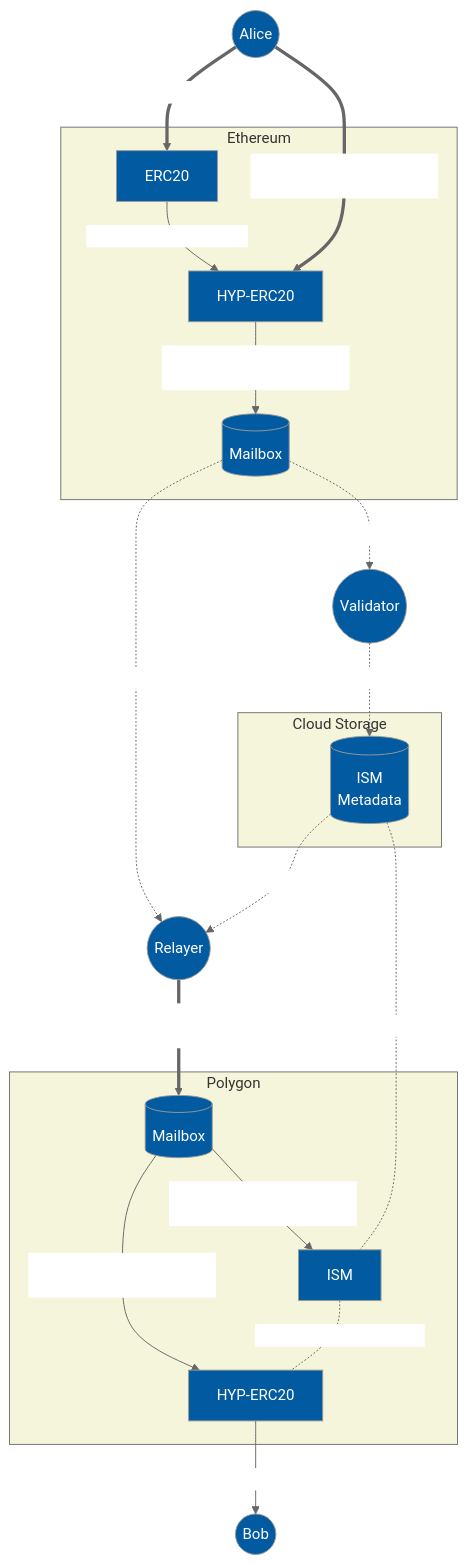
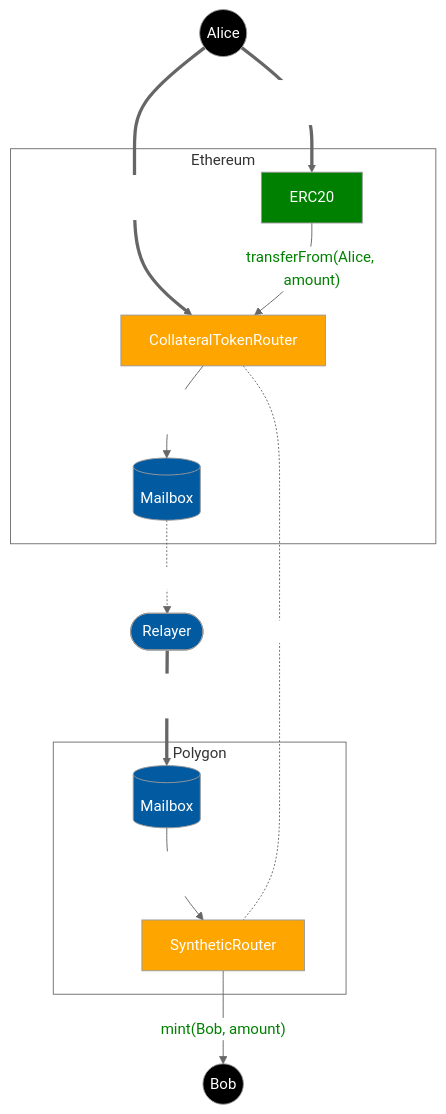
One commit to aeternity/hyperlane-monorepo changed the third of 4 diagrams in README.md. Above: the diagram before and after it, drawn with Mermaid. The commit also changed other lines of this file and 2 other files, not shown here.

````diff
--- a/README.md
+++ b/README.md
@@ -16,61 +123,48 @@
 ```mermaid
 %%{ init: {
   "theme": "neutral",
   "themeVariables": {
     "mainBkg": "#025AA1",
     "textColor": "white",
-    "clusterBkg": "beige"
+    "clusterBkg": "white"
   },
   "themeCSS": ".edgeLabel { color: black }"
 }}%%
 
 graph TB
     Alice((Alice))
     Bob((Bob))
-    Validator((Validator))
-    Relayer((Relayer))
-    %% Watcher((Watcher))
+    style Alice fill:black
+    style Bob fill:black
+
+    Relayer([Relayer])
 
     subgraph "Ethereum"
         Token_E[ERC20]
-        HYP_E[HYP-ERC20]
-        M_E[(Mailbox)]
-        %% POS_E[Proof of Stake]
+        style Token_E fill:green
+        HYP_E[CollateralTokenRouter]
+        style HYP_E fill:orange
+        Mailbox_E[(Mailbox)]
     end
 
-    Alice == "0. approve(HYP, infinity)" ==> Token_E
-    Alice == "1. transferRemote(Polygon, Bob, 5)" ==> HYP_E
-    Token_E -- "2. transferFrom(Alice, 5)" --> HYP_E
-    HYP_E -- "3. dispatch(Polygon, HYP, (Bob, 5))" --> M_E
-
-    M_E-."indexing".->Relayer
-    %% M_E-."indexing".->Watcher
-    M_E -. "indexing" .-> Validator
-
-    %% Validator == "staking" ==> POS_E
-    %% Watcher == "slashing" ==> POS_E
-    Validator -. "signing" .-> ISM_STORE
-
-    subgraph "Cloud Storage"
-        ISM_STORE[(ISM\nMetadata)]
+    Alice == "approve(CollateralTokenRouter, infinity)" ==> Token_E
+    Alice == "transferRemote(Polygon, Bob, amount)" ==> HYP_E
+    Token_E -- "transferFrom(Alice, amount)" --> HYP_E
+    linkStyle 2 color:green;
+    HYP_E -- "dispatch(Polygon, (Bob, amount))" --> Mailbox_E
+    
+    subgraph "Polygon"
+        HYP_P[SyntheticRouter]
+        style HYP_P fill:orange
+        Mailbox_P[(Mailbox)]
     end
 
-    ISM_STORE -. "metadata" .-> Relayer
-    ISM_STORE -. "moduleType" .- ISM_P
-    %% Watcher -. "indexing" .- ISM_P
+    Mailbox_E -. "indexing" .-> Relayer
 
-    Relayer == "4. process(metadata, Ethereum, HYP, (Bob, 5))"==> M_P
+    Relayer == "process(Ethereum, (Bob, amount))" ==> Mailbox_P
+    Mailbox_P -- "handle(Ethereum, (Bob, amount))" --> HYP_P
 
-    subgraph "Polygon"
-        ISM_P[ISM]
-        M_P[(Mailbox)]
-        HYP_P[HYP-ERC20]
-
-        M_P -- "6. handle(Ethereum, (Bob, 5))" --> HYP_P
-        M_P -- "5. verify(metadata, Ethereum, (Bob, 5))" --> ISM_P
-    end
-
-    ISM_P -. "interchainSecurityModule" .- HYP_P
-    HYP_P -- "7. mint(Bob, 5)" --> Bob
-
+    HYP_E -. "router" .- HYP_P
+    HYP_P -- "mint(Bob, amount)" --> Bob
+    linkStyle 8 color:green;
 ```
````
